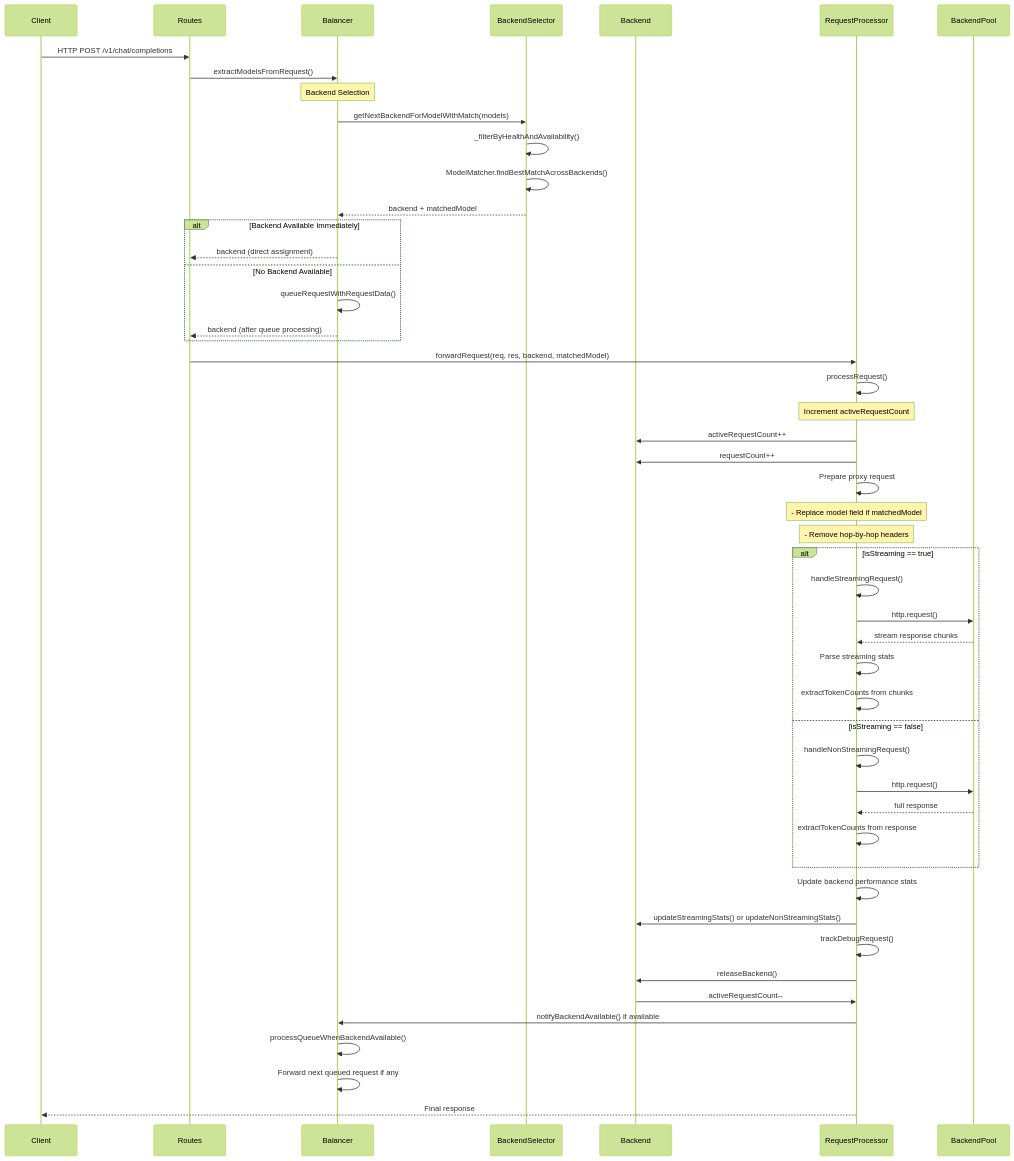
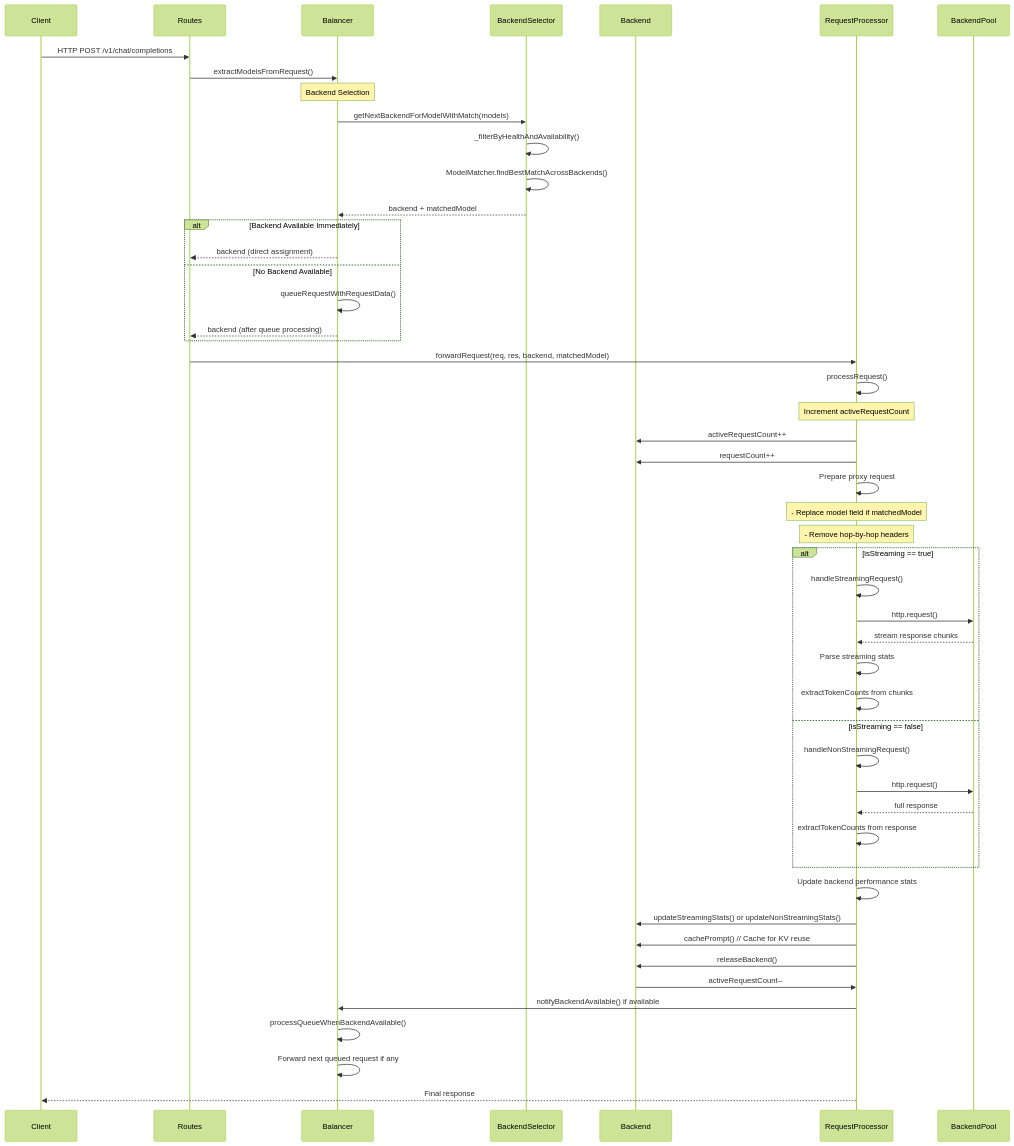
Before and after one commit to Schafer-List-Systems/llm_balancer: the third of 10 diagrams in docs/developer/DATA_FLOW.md, drawn with Mermaid (forest theme). The commit also changed other lines of this file and 1 other file, not shown here.

First line of the commit message:
feat: replace debug request tracking with prompt cache statistics

````diff
--- a/docs/developer/DATA_FLOW.md
+++ b/docs/developer/DATA_FLOW.md
@@ -139,66 +139,66 @@
 ```mermaid
 sequenceDiagram
     participant Client
     participant Routes
     participant Balancer
     participant BackendSelector
     participant Backend
     participant RequestProcessor
     participant BackendPool
 
     Client->>Routes: HTTP POST /v1/chat/completions
     Routes->>Balancer: extractModelsFromRequest()
 
     Note over Balancer: Backend Selection
 
     Balancer->>BackendSelector: getNextBackendForModelWithMatch(models)
     BackendSelector->>BackendSelector: _filterByHealthAndAvailability()
     BackendSelector->>BackendSelector: ModelMatcher.findBestMatchAcrossBackends()
     BackendSelector-->>Balancer: backend + matchedModel
 
     alt Backend Available Immediately
         Balancer-->>Routes: backend (direct assignment)
     else No Backend Available
         Balancer->>Balancer: queueRequestWithRequestData()
         Balancer-->>Routes: backend (after queue processing)
     end
 
     Routes->>RequestProcessor: forwardRequest(req, res, backend, matchedModel)
     RequestProcessor->>RequestProcessor: processRequest()
 
     Note over RequestProcessor: Increment activeRequestCount
 
     RequestProcessor->>Backend: activeRequestCount++
     RequestProcessor->>Backend: requestCount++
 
     RequestProcessor->>RequestProcessor: Prepare proxy request
     Note over RequestProcessor: - Replace model field if matchedModel
     Note over RequestProcessor: - Remove hop-by-hop headers
 
     alt isStreaming == true
         RequestProcessor->>RequestProcessor: handleStreamingRequest()
         RequestProcessor->>BackendPool: http.request()
         BackendPool-->>RequestProcessor: stream response chunks
         RequestProcessor->>RequestProcessor: Parse streaming stats
         RequestProcessor->>RequestProcessor: extractTokenCounts from chunks
     else isStreaming == false
         RequestProcessor->>RequestProcessor: handleNonStreamingRequest()
         RequestProcessor->>BackendPool: http.request()
         BackendPool-->>RequestProcessor: full response
         RequestProcessor->>RequestProcessor: extractTokenCounts from response
     end
 
     RequestProcessor->>RequestProcessor: Update backend performance stats
     RequestProcessor->>Backend: updateStreamingStats() or updateNonStreamingStats()
 
-    RequestProcessor->>RequestProcessor: trackDebugRequest()
+    RequestProcessor->>Backend: cachePrompt()  // Cache for KV reuse
     RequestProcessor->>Backend: releaseBackend()
     Backend->>RequestProcessor: activeRequestCount--
 
     RequestProcessor->>Balancer: notifyBackendAvailable() if available
 
     Balancer->>Balancer: processQueueWhenBackendAvailable()
     Balancer->>Balancer: Forward next queued request if any
 
     RequestProcessor-->>Client: Final response
 ```
````
